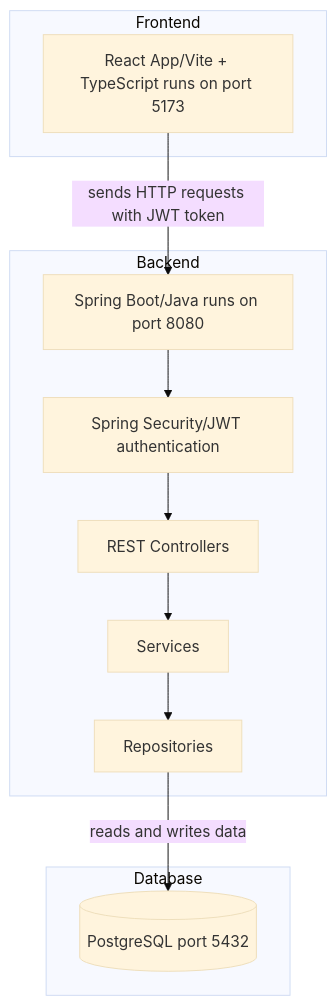
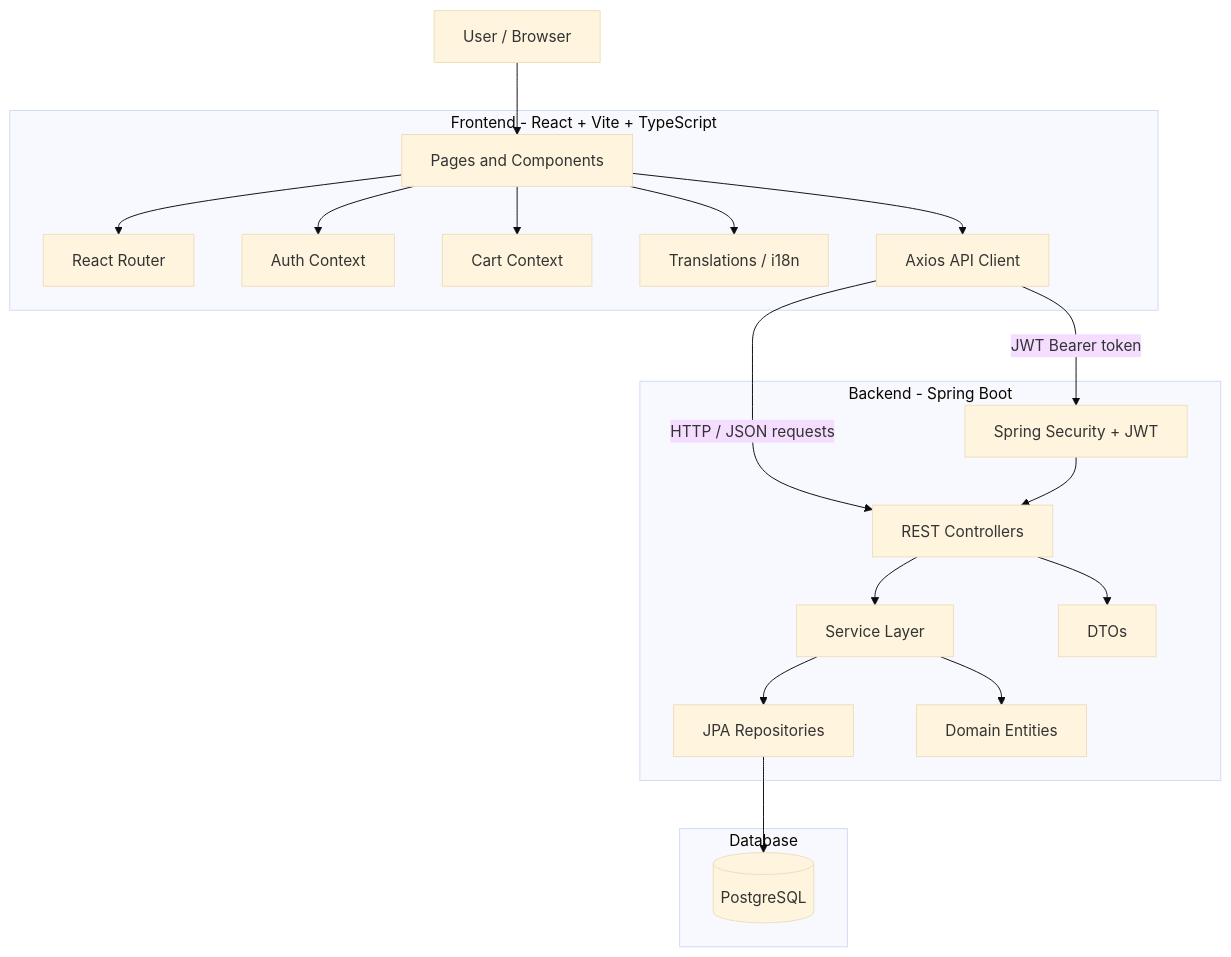
The third of 7 diagrams in README.md (MujPrvniGutHib/26SWI1), drawn with Mermaid (base theme) before and after one commit. The commit also changed other lines of this file, not shown here.

````diff
--- a/README.md
+++ b/README.md
@@ -95,25 +102,44 @@
 ```mermaid
 graph TD
-    subgraph Frontend
-        A[React App/Vite + TypeScript runs on port 5173]
+    User[User / Browser]
+
+    subgraph Frontend[Frontend - React + Vite + TypeScript]
+        UI[Pages and Components]
+        Router[React Router]
+        AuthContext[Auth Context]
+        CartContext[Cart Context]
+        I18n[Translations / i18n]
+        API[Axios API Client]
     end
 
-    subgraph Backend
-        B[Spring Boot/Java runs on port 8080]
-        C[Spring Security/JWT authentication]
-        D[REST Controllers]
-        E[Services]
-        F[Repositories]
-        B --> C
-        C --> D
-        D --> E
-        E --> F
+    subgraph Backend[Backend - Spring Boot]
+        Controllers[REST Controllers]
+        Security[Spring Security + JWT]
+        Services[Service Layer]
+        Repositories[JPA Repositories]
+        DTOs[DTOs]
+        Domain[Domain Entities]
     end
 
-    subgraph Database
-        G[(PostgreSQL port 5432)]
+    subgraph Database[Database]
+        PostgreSQL[(PostgreSQL)]
     end
 
-    A -- "sends HTTP requests with JWT token" --> B
-    F -- "reads and writes data" --> G
+    User --> UI
+    UI --> Router
+    UI --> AuthContext
+    UI --> CartContext
+    UI --> I18n
+    UI --> API
+
+    API -->|HTTP / JSON requests| Controllers
+    API -->|JWT Bearer token| Security
+
+    Security --> Controllers
+    Controllers --> DTOs
+    Controllers --> Services
+    Services --> Repositories
+    Services --> Domain
+    Repositories --> PostgreSQL
+
 ```
````
